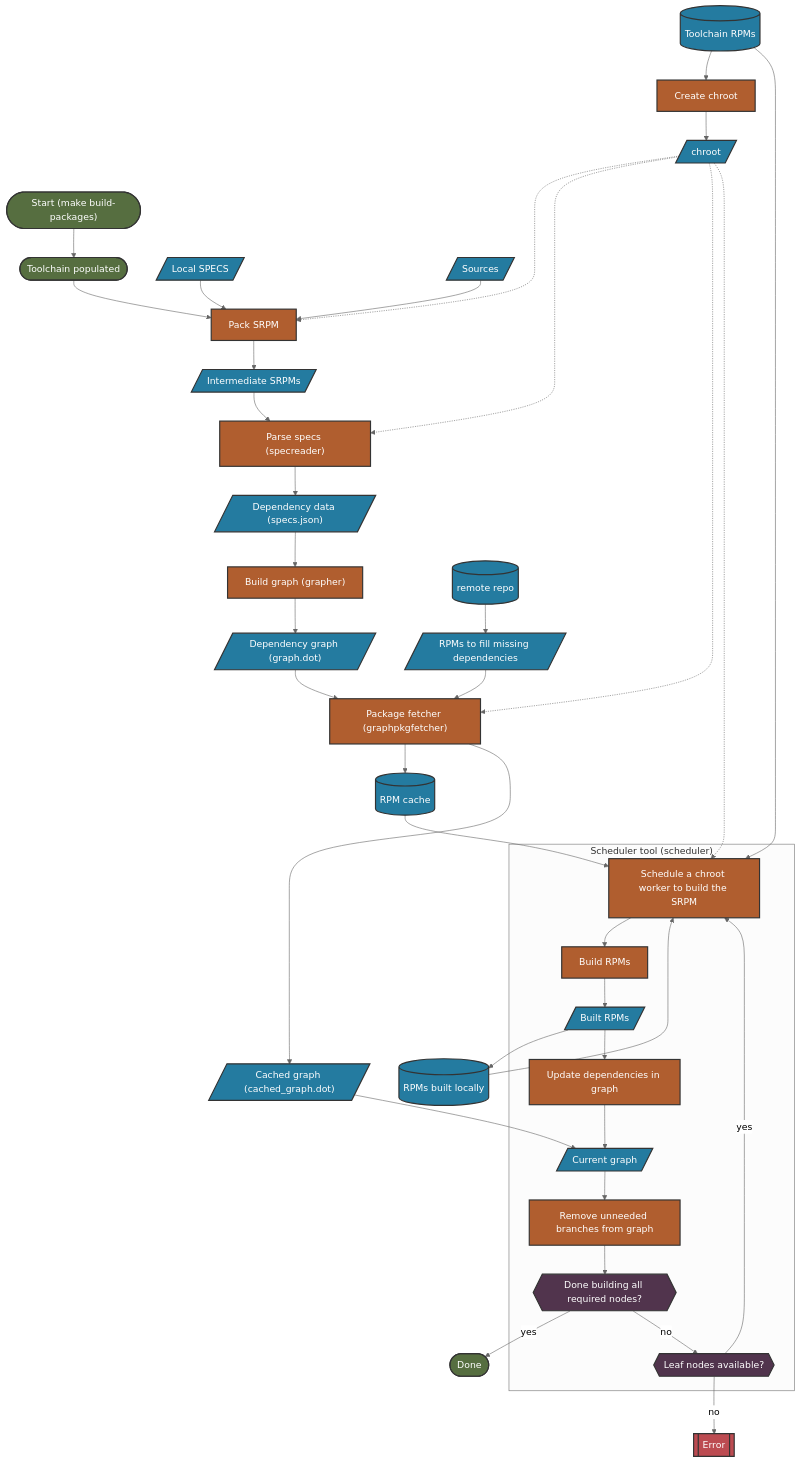
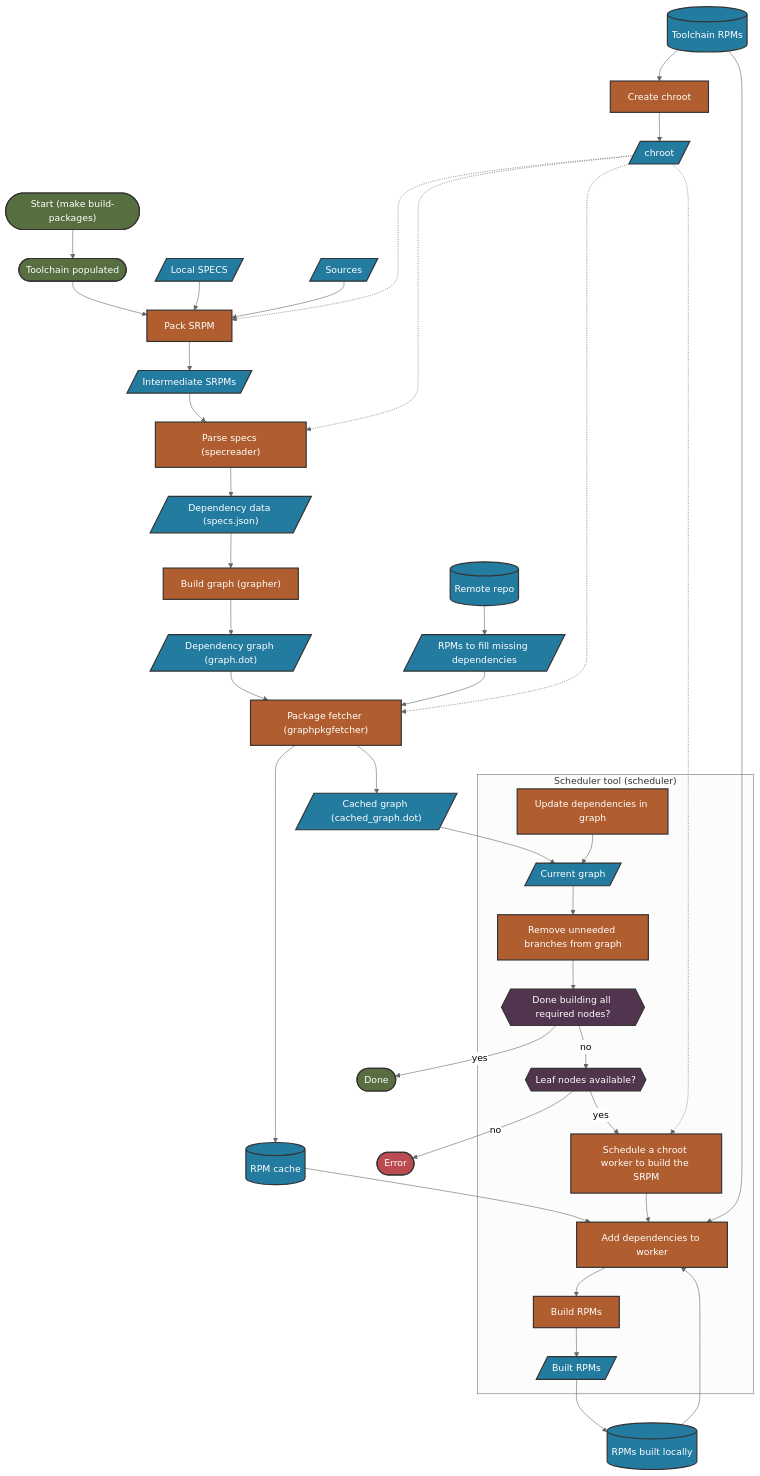
One commit to microsoft/azurelinux changed the fifth of 6 diagrams in toolkit/docs/how_it_works/0_intro.md. Above: the diagram before and after it, drawn with Mermaid (neutral theme). The commit also changed other lines of this file, not shown here.

```diff
--- a/toolkit/docs/how_it_works/0_intro.md
+++ b/toolkit/docs/how_it_works/0_intro.md
@@ -171,16 +173,17 @@
     classDef decision fill:#51344D,stroke:#333,stroke-width:2px,color:#fff;
     classDef goodState fill:#566E40,stroke:#333,stroke-width:2px,color:#fff;
     classDef badState fill:#BC4B51,stroke:#333,stroke-width:2px,color:#fff;
+    classDef collection fill:#247BA0,stroke:#333,stroke-width:2px,color:#fff;
 
     %% state nodes
     start(["Start (make build-packages)"]):::goodState
     done([Done]):::goodState
-    error[[Error]]:::badState
+    error([Error]):::badState
 
     %% Rpm nodes
     tcPopulated([Toolchain populated]):::goodState
     localSpecs[/Local SPECS/]:::io
-    tcRPMs[(Toolchain RPMs)]:::io
+    tcRPMs[(Toolchain RPMs)]:::collection
     createChroot[Create chroot]:::process
     chroot[/chroot/]:::io
     iSRPMs[/Intermediate SRPMs/]:::io
@@ -192,8 +195,8 @@
     sources[/Sources/]:::io
     packSRPM[Pack SRPM]:::process
     pkgFetcher["Package fetcher (graphpkgfetcher)"]:::process
-    rpmCache[(RPM cache)]:::io
-    remoteRepo[(remote repo)]:::io
+    rpmCache[(RPM cache)]:::collection
+    remoteRepo[(Remote repo)]:::collection
     missingDep[/RPMs to fill missing dependencies/]:::io
     outRPMS[(RPMs built locally)]:::io
     buildRPMs[Build RPMs]:::process
@@ -218,14 +221,14 @@
     chroot -...->packSRPM
     chroot -...->parse
     chroot -...->pkgFetcher
-    rpmCache --> worker
-    tcRPMs --> worker
     chroot -...-> worker
-    outRPMS --> worker
+    outRPMS --> getDeps
     builtRPMs --> outRPMS
     doneBuild -->|yes| done
     leafNodesAvail -->|no| error
     cacheGraph --> currentGraph
+    rpmCache --> getDeps
+    tcRPMs --> getDeps
 
     %% Subgraph for scheduler
         %% scheduler nodes
@@ -237,15 +240,16 @@
         worker[Schedule a chroot worker to build the SRPM]:::process
         builtRPMs[/Built RPMs/]:::io
         updateDeps[Update dependencies in graph]:::process
+        getDeps[Add dependencies to worker]:::process
 
         %% scheduler flow
         currentGraph --> trim
         trim --> doneBuild
         doneBuild -->|no| leafNodesAvail
         leafNodesAvail -->|yes| worker
-        builtRPMs --> updateDeps
         updateDeps --> currentGraph
-        worker --> buildRPMs
+        worker --> getDeps
+        getDeps --> buildRPMs
         buildRPMs --> builtRPMs
 
         end
```
